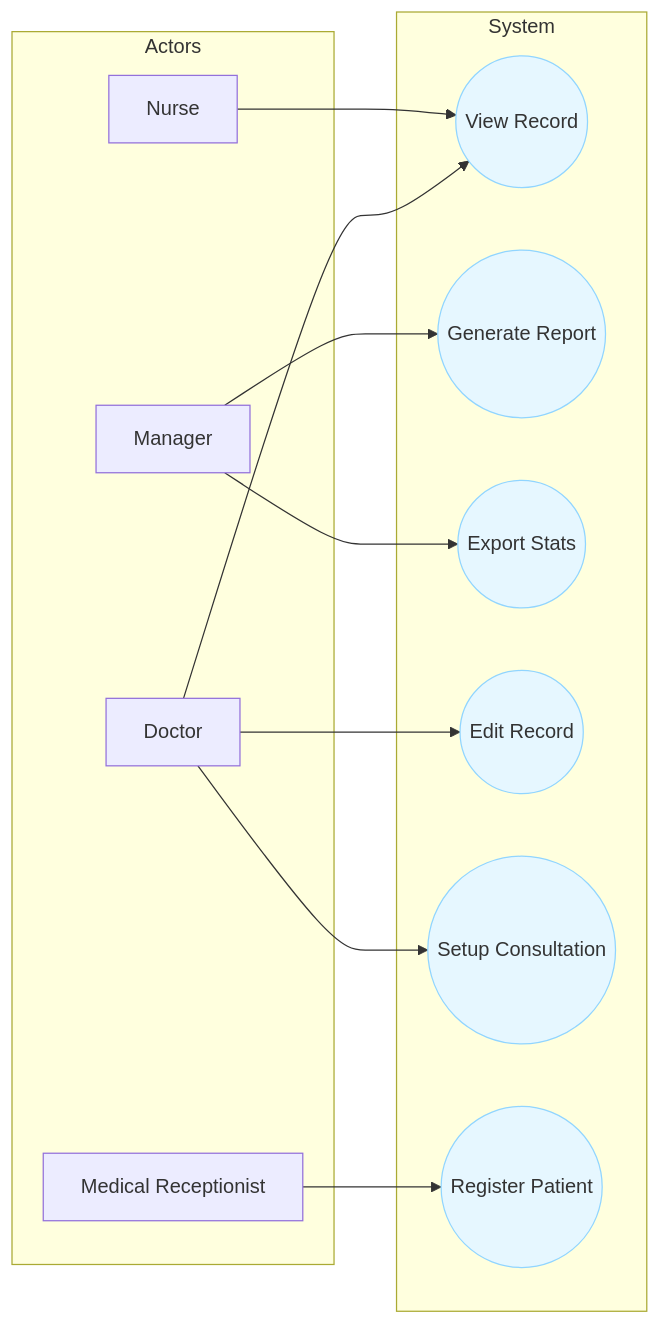
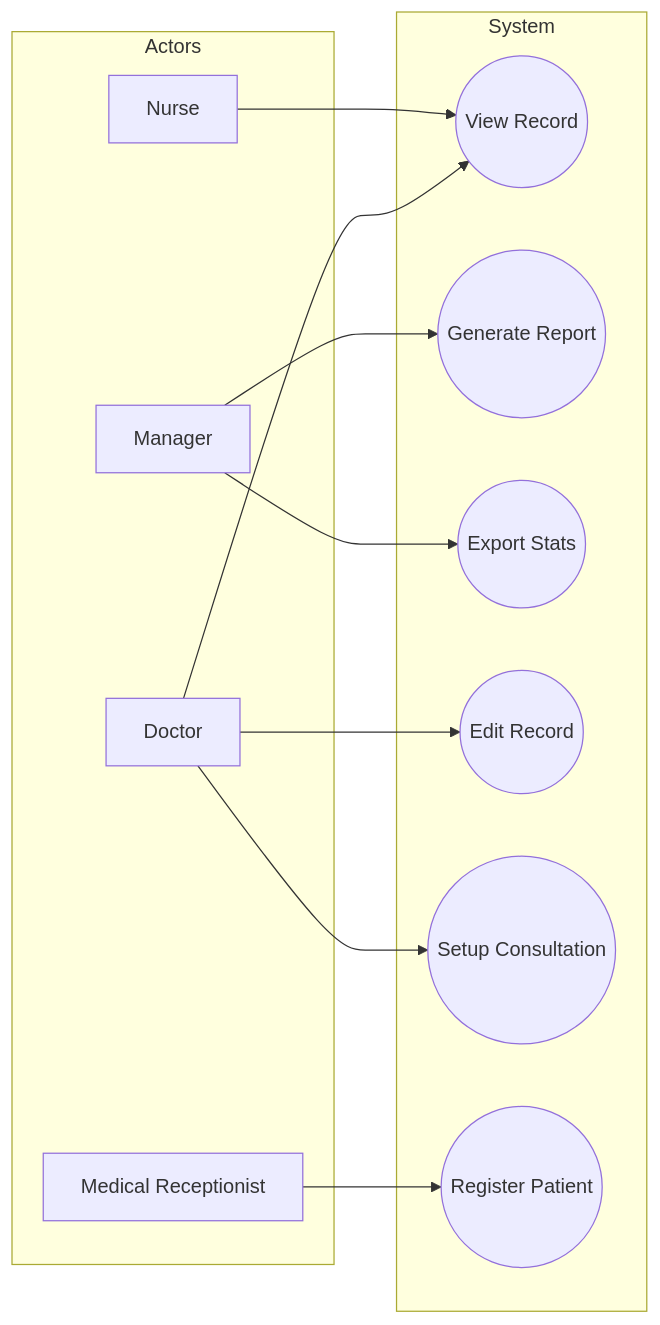
One commit to sujith-eag/sujith-library changed the third of 3 diagrams in docs/mca/se/u21/u3.md. Above: the diagram before and after it, drawn with Mermaid. The commit also changed other lines of this file and 41 other files, not shown here.

First line of the commit message:
Refactor diagrams and remove redundant styles in documentation

````diff
--- a/docs/mca/se/u21/u3.md
+++ b/docs/mca/se/u21/u3.md
@@ -126,33 +118,26 @@
 ```mermaid
 graph LR
     subgraph Actors
         Nurse[Nurse]
         Manager[Manager]
         Doctor[Doctor]
         MR[Medical Receptionist]
     end
 
     subgraph System
         VR((View Record))
         GR((Generate Report))
         ES((Export Stats))
         ER((Edit Record))
         SC((Setup Consultation))
         RP((Register Patient))
     end
 
     MR --> RP
     Nurse --> VR
     Doctor --> VR
     Doctor --> ER
     Doctor --> SC
     Manager --> GR
     Manager --> ES
-
-    style VR fill:#e6f7ff,stroke:#91d5ff
-    style GR fill:#e6f7ff,stroke:#91d5ff
-    style ES fill:#e6f7ff,stroke:#91d5ff
-    style ER fill:#e6f7ff,stroke:#91d5ff
-    style SC fill:#e6f7ff,stroke:#91d5ff
-    style RP fill:#e6f7ff,stroke:#91d5ff
 ```
````
